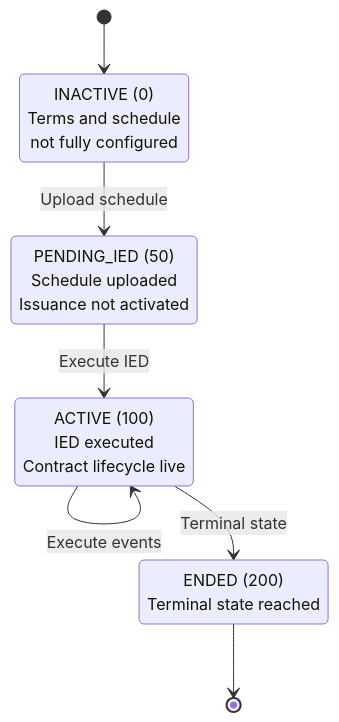
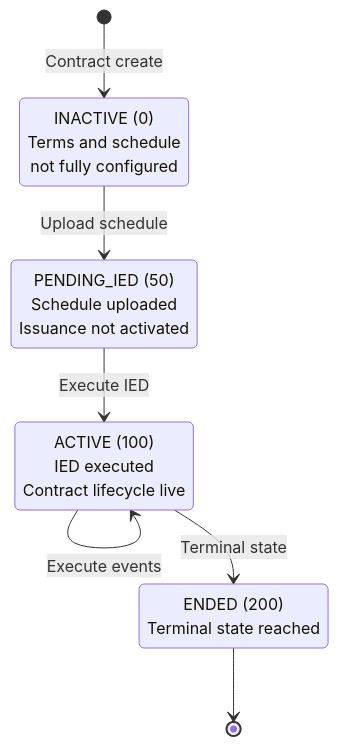
Before and after one commit to cusma/d-asa: the diagram in docs/specs/contract/kernel-state-and-schedule.md, drawn with Mermaid. The commit also changed other lines of this file, not shown here.

````diff
--- a/docs/specs/contract/kernel-state-and-schedule.md
+++ b/docs/specs/contract/kernel-state-and-schedule.md
@@ -109,14 +131,14 @@
 ```mermaid
 stateDiagram-v2
-  [*] --> INACTIVE
+  [*] --> INACTIVE: Contract create
   INACTIVE --> PENDING_IED: Upload schedule
   PENDING_IED --> ACTIVE: Execute IED
   ACTIVE --> ACTIVE: Execute events
   ACTIVE --> ENDED: Terminal state
   ENDED --> [*]
 
   state "INACTIVE (0)<br/>Terms and schedule<br/>not fully configured" as INACTIVE
   state "PENDING_IED (50)<br/>Schedule uploaded<br/>Issuance not activated" as PENDING_IED
   state "ACTIVE (100)<br/>IED executed<br/>Contract lifecycle live" as ACTIVE
   state "ENDED (200)<br/>Terminal state reached" as ENDED
 ```
````
